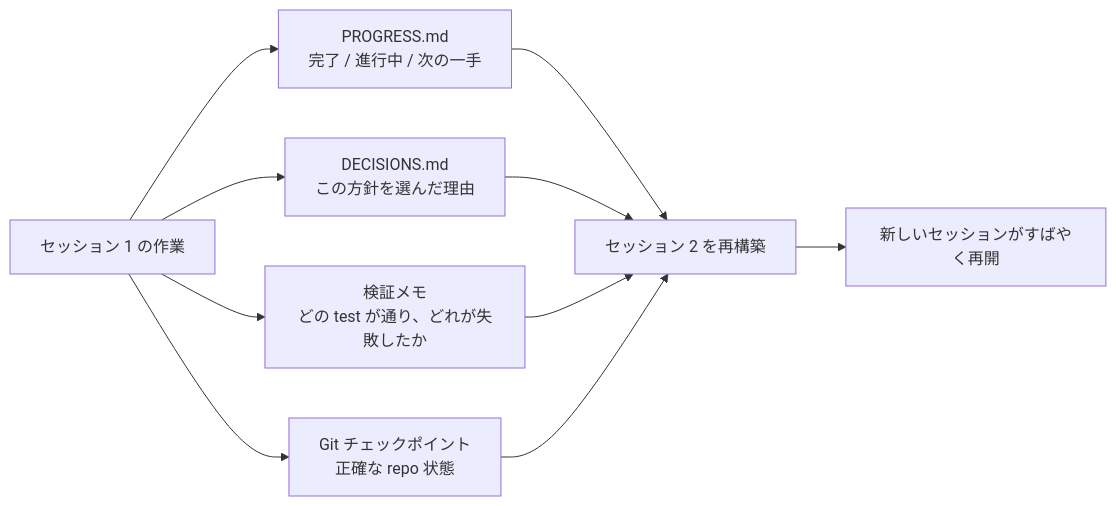
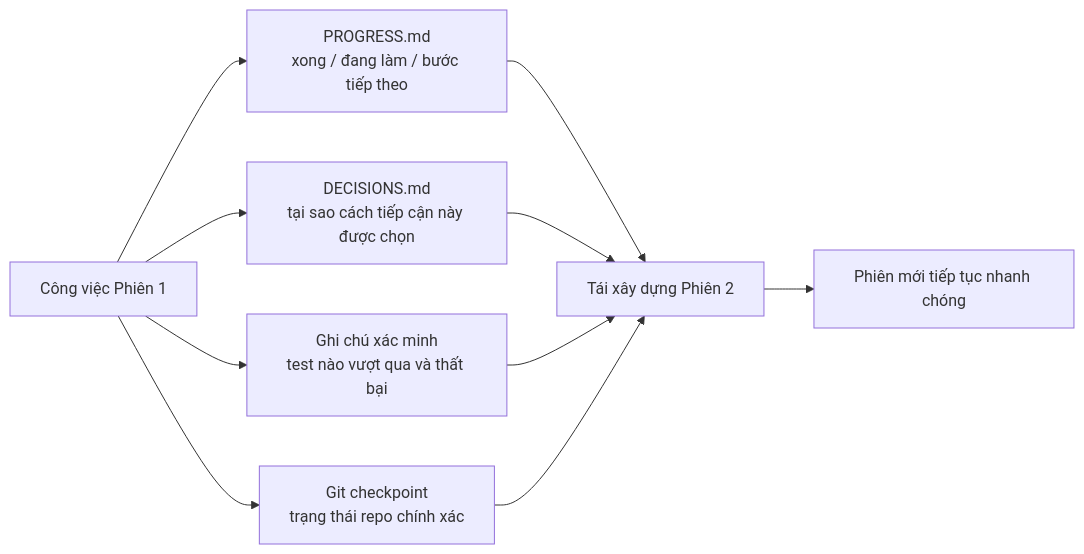
Before and after one commit to mkusaka/learn-harness-engineering: the second of 2 diagrams in docs/vi/lectures/lecture-05-why-long-running-tasks-lose-continuity/index.md, drawn with Mermaid. The commit also changed other lines of this file and 684 other files, not shown here.

````diff
--- a/docs/vi/lectures/lecture-05-why-long-running-tasks-lose-continuity/index.md
+++ b/docs/vi/lectures/lecture-05-why-long-running-tasks-lose-continuity/index.md
@@ -36,14 +36,14 @@
 ```mermaid
 flowchart LR
-    Work["セッション 1 の作業"] --> Progress["PROGRESS.md<br/>完了 / 進行中 / 次の一手"]
-    Work --> Decisions["DECISIONS.md<br/>この方針を選んだ理由"]
-    Work --> Verify["検証メモ<br/>どの test が通り、どれが失敗したか"]
-    Work --> Commit["Git チェックポイント<br/>正確な repo 状態"]
+    Work["Công việc Phiên 1"] --> Progress["PROGRESS.md<br/>xong / đang làm / bước tiếp theo"]
+    Work --> Decisions["DECISIONS.md<br/>tại sao cách tiếp cận này được chọn"]
+    Work --> Verify["Ghi chú xác minh<br/>test nào vượt qua và thất bại"]
+    Work --> Commit["Git checkpoint<br/>trạng thái repo chính xác"]
 
-    Progress --> Rebuild["セッション 2 を再構築"]
+    Progress --> Rebuild["Tái xây dựng Phiên 2"]
     Decisions --> Rebuild
     Verify --> Rebuild
     Commit --> Rebuild
 
-    Rebuild --> Resume["新しいセッションがすばやく再開"]
+    Rebuild --> Resume["Phiên mới tiếp tục nhanh chóng"]
 ```
````
